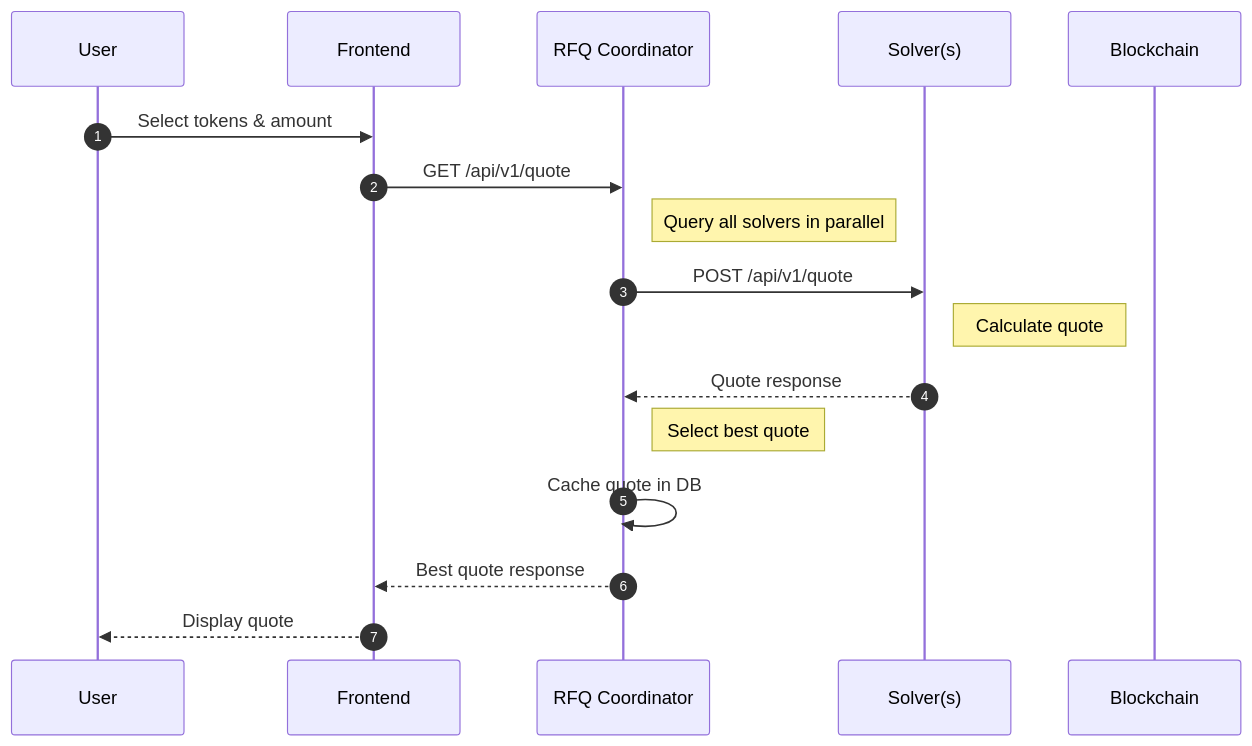
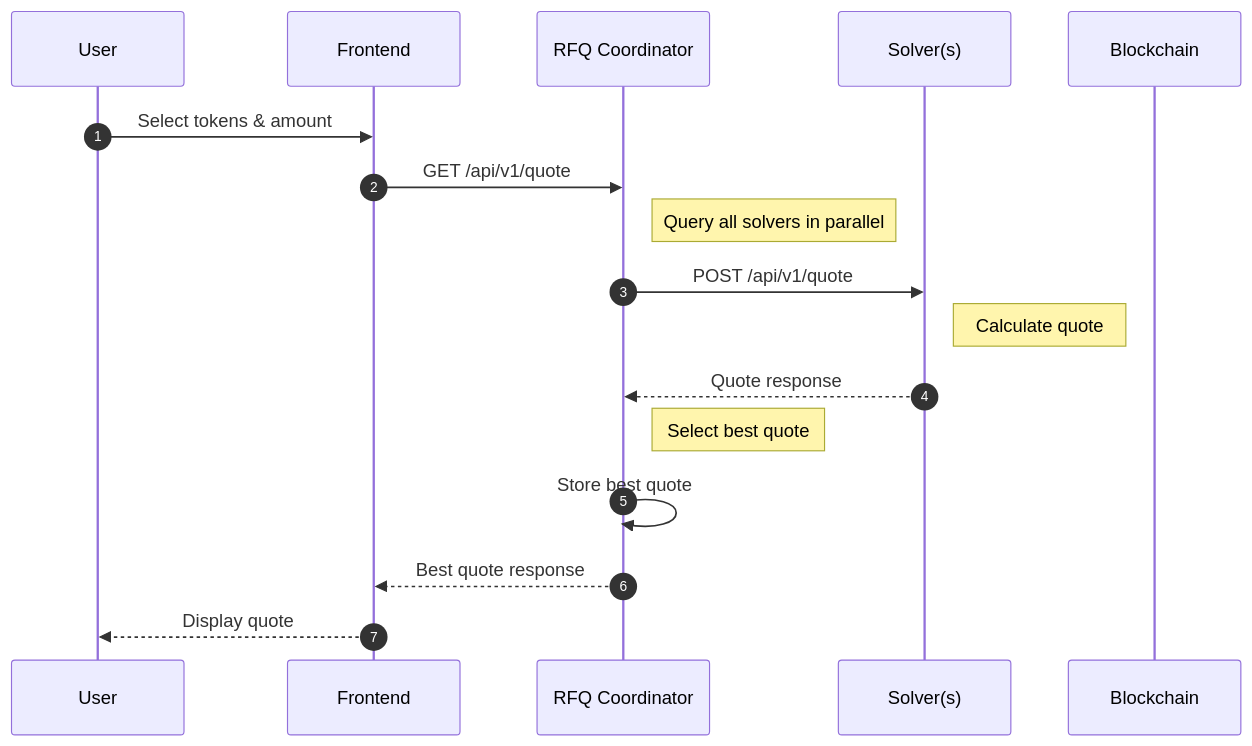
Before and after one commit to Miljan9602/docs: the first of 5 diagrams in concepts/architecture/flow-diagram.mdx, drawn with Mermaid. The commit also changed other lines of this file and 2 other files, not shown here.

Commit message:
removed non relevant data

````diff
--- a/concepts/architecture/flow-diagram.mdx
+++ b/concepts/architecture/flow-diagram.mdx
@@ -26,20 +26,20 @@
 ```mermaid
 sequenceDiagram
     autonumber
     participant U as User
     participant F as Frontend
     participant S as RFQ Coordinator
     participant M as Solver(s)
     participant B as Blockchain
 
     U->>F: Select tokens & amount
     F->>S: GET /api/v1/quote
     Note right of S: Query all solvers in parallel
     S->>M: POST /api/v1/quote
     Note right of M: Calculate quote
     M-->>S: Quote response
     Note right of S: Select best quote
-    S->>S: Cache quote in DB
+    S->>S: Store best quote
     S-->>F: Best quote response
     F-->>U: Display quote
 ```
````
